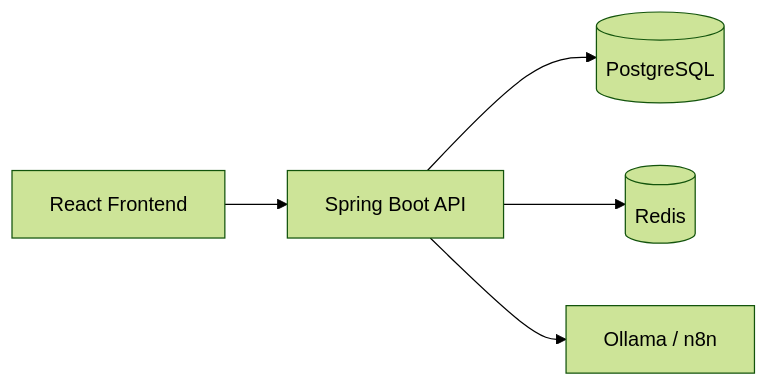
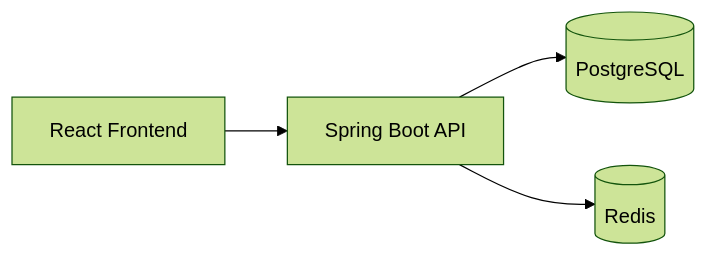
Before and after one commit to HuyTec/task-management: the diagram in README.md, drawn with Mermaid (forest theme).

Commit message:
17/07/2026 - Update architecture flowchart in README
Removed Ollama / n8n from architecture flowchart.

````diff
--- a/README.md
+++ b/README.md
@@ -36,7 +36,6 @@
 ```mermaid
 flowchart LR
     A[React Frontend] --> B[Spring Boot API]
     B --> C[(PostgreSQL)]
     B --> D[(Redis)]
-    B --> E[Ollama / n8n]
 ```
````
